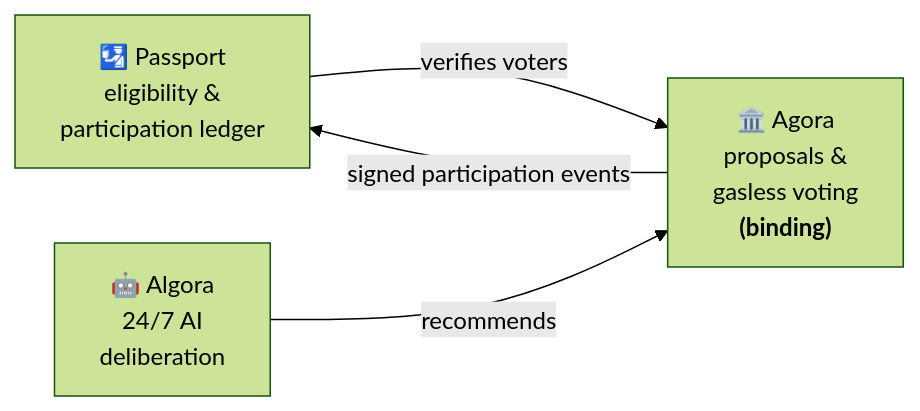
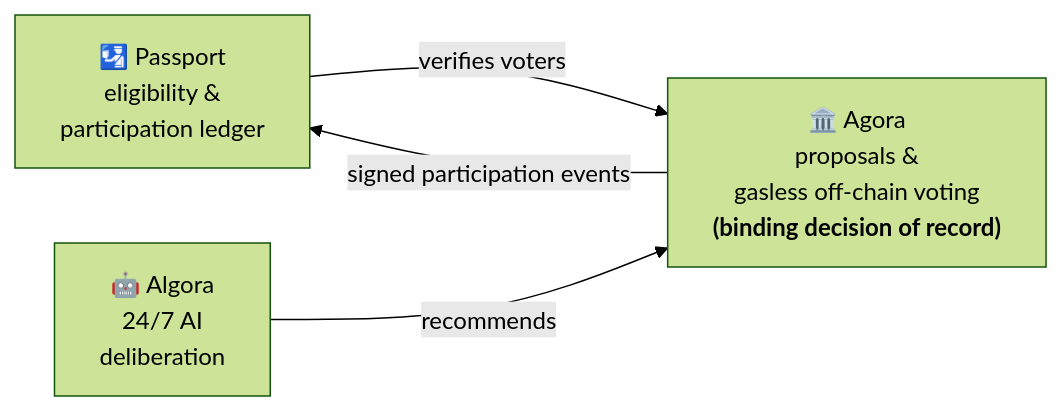
Before and after one commit to MosslandOpenDevs/Agora: the diagram in README.md, drawn with Mermaid (forest theme). The commit also changed other lines of this file, not shown here.

First line of the commit message:
docs: unify Agora identity as Mossland DAO's public decision layer

````diff
--- a/README.md
+++ b/README.md
@@ -23,9 +30,9 @@
 ```mermaid
 flowchart LR
     P["🛂 Passport<br/>eligibility &<br/>participation ledger"]
-    A["🏛️ Agora<br/>proposals &<br/>gasless voting<br/><b>(binding)</b>"]
+    A["🏛️ Agora<br/>proposals &<br/>gasless off-chain voting<br/><b>(binding decision of record)</b>"]
     AL["🤖 Algora<br/>24/7 AI<br/>deliberation"]
     P -- "verifies voters" --> A
     AL -- "recommends" --> A
     A -- "signed participation events" --> P
 ```
````
